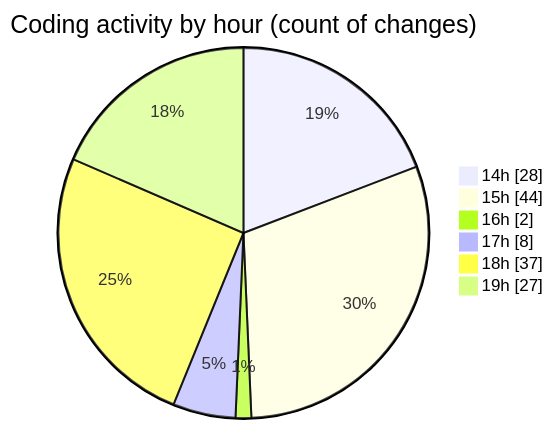
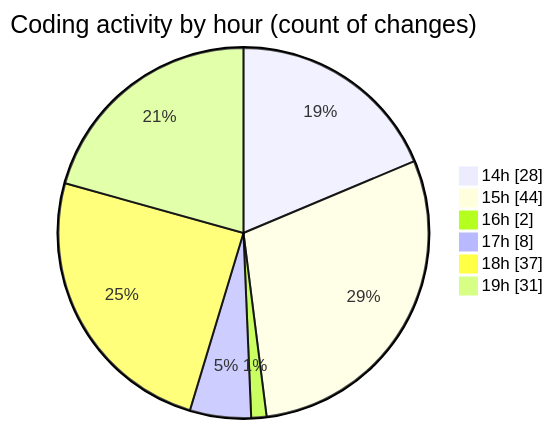
Before and after one commit to Ritupan-Deka/code-tracking: the second of 2 diagrams in 2025-07-01/urlwebwalatask/README.md, drawn with Mermaid. The commit also changed other lines of this file and 1 other file, not shown here.

````diff
--- a/2025-07-01/urlwebwalatask/README.md
+++ b/2025-07-01/urlwebwalatask/README.md
@@ -43,10 +43,10 @@
 ```mermaid
 pie showData
 title Coding activity by hour (count of changes)
 "14h" : 28
 "15h" : 44
 "16h" : 2
 "17h" : 8
 "18h" : 37
-"19h" : 27
+"19h" : 31
 ```
````
